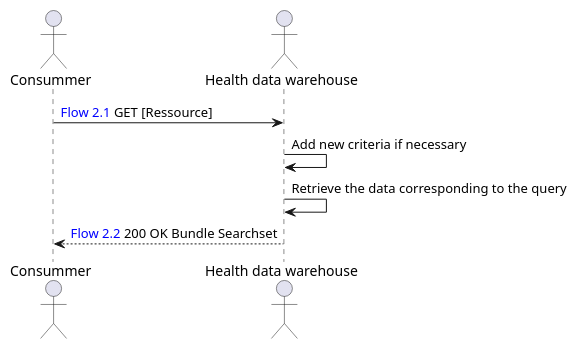
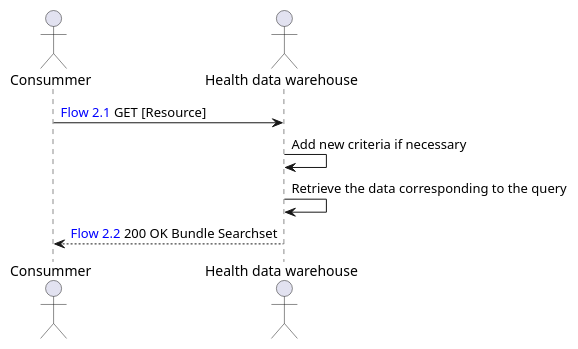
The diagram in input/images-source/feasibility_study_research_flow.plantuml (ONCOFAIR/FHIR-ImplementationGuide-Article), drawn with PlantUML before and after one commit. The commit also changed 3 other files, not shown here.

```diff
--- a/input/images-source/feasibility_study_research_flow.plantuml
+++ b/input/images-source/feasibility_study_research_flow.plantuml
@@ -1,9 +1,9 @@
 @startuml
 actor "Consummer" as C
 actor "Health data warehouse" as EDS
 
-C -> EDS: <color:blue>Flow 2.1</color> GET [Ressource]
+C -> EDS: <color:blue>Flow 2.1</color> GET [Resource]
 EDS -> EDS: Add new criteria if necessary
 EDS -> EDS: Retrieve the data corresponding to the query
 EDS --> C: <color:blue>Flow 2.2</color> 200 OK Bundle Searchset
 @enduml
```
